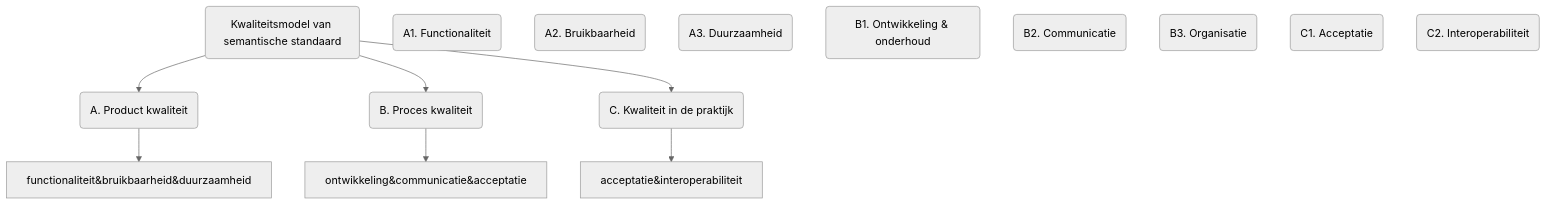
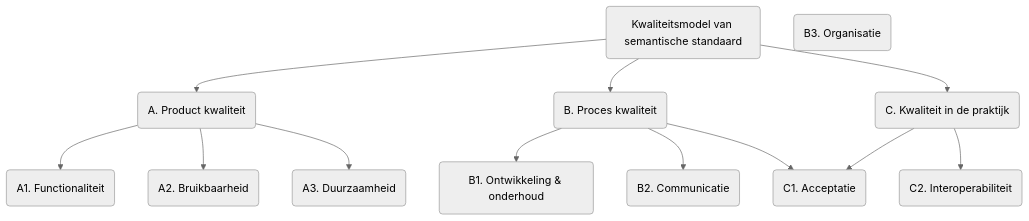
One commit to Logius-standaarden/BOMOS-Verdieping changed the second of 2 diagrams in ch02_Tactiek.md. Above: the diagram before and after it, drawn with Mermaid (neutral theme).

Commit message:
Update ch02_Tactiek.md
figuur bijgewerkt

````diff
--- a/ch02_Tactiek.md
+++ b/ch02_Tactiek.md
@@ -1131,21 +1131,26 @@
 ```mermaid
 graph TD;
     kwaliteit(Kwaliteitsmodel van semantische standaard);
     product(A. Product kwaliteit);
     proces(B. Proces kwaliteit);
     praktijk(C. Kwaliteit in de praktijk);
     functionaliteit(A1. Functionaliteit);
     bruikbaarheid(A2. Bruikbaarheid);
     duurzaamheid(A3. Duurzaamheid);
     ontwikkeling(B1. Ontwikkeling & onderhoud);
     communicatie(B2. Communicatie);
     organisatie(B3. Organisatie);
     acceptatie(C1. Acceptatie);
     interoperabiliteit(C2. Interoperabiliteit);
     kwaliteit-->product;
     kwaliteit-->proces;
     kwaliteit-->praktijk;
-    product-->functionaliteit&bruikbaarheid&duurzaamheid;
-    proces-->ontwikkeling&communicatie&acceptatie;
-    praktijk-->acceptatie&interoperabiliteit;
+    product-->functionaliteit;
+    product-->bruikbaarheid;
+    product-->duurzaamheid;
+    proces-->ontwikkeling;
+    proces-->communicatie;
+    proces-->acceptatie;
+    praktijk-->acceptatie;
+    praktijk-->interoperabiliteit;
 ```
````
